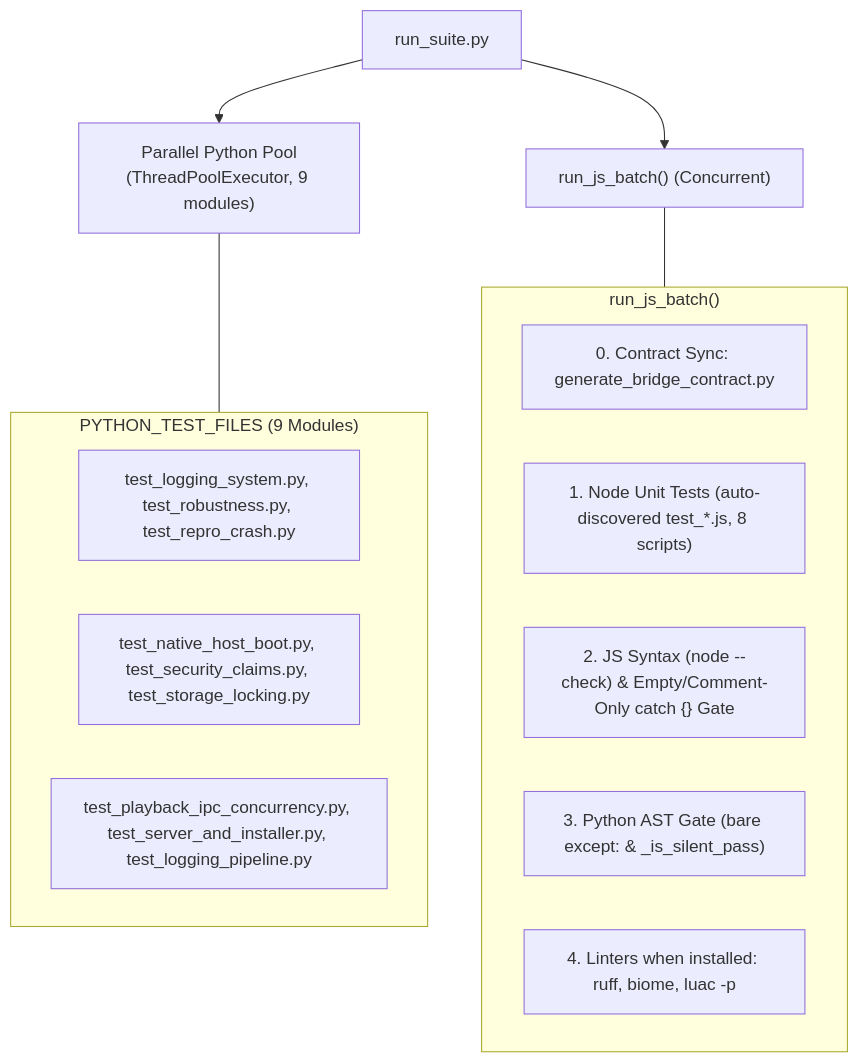
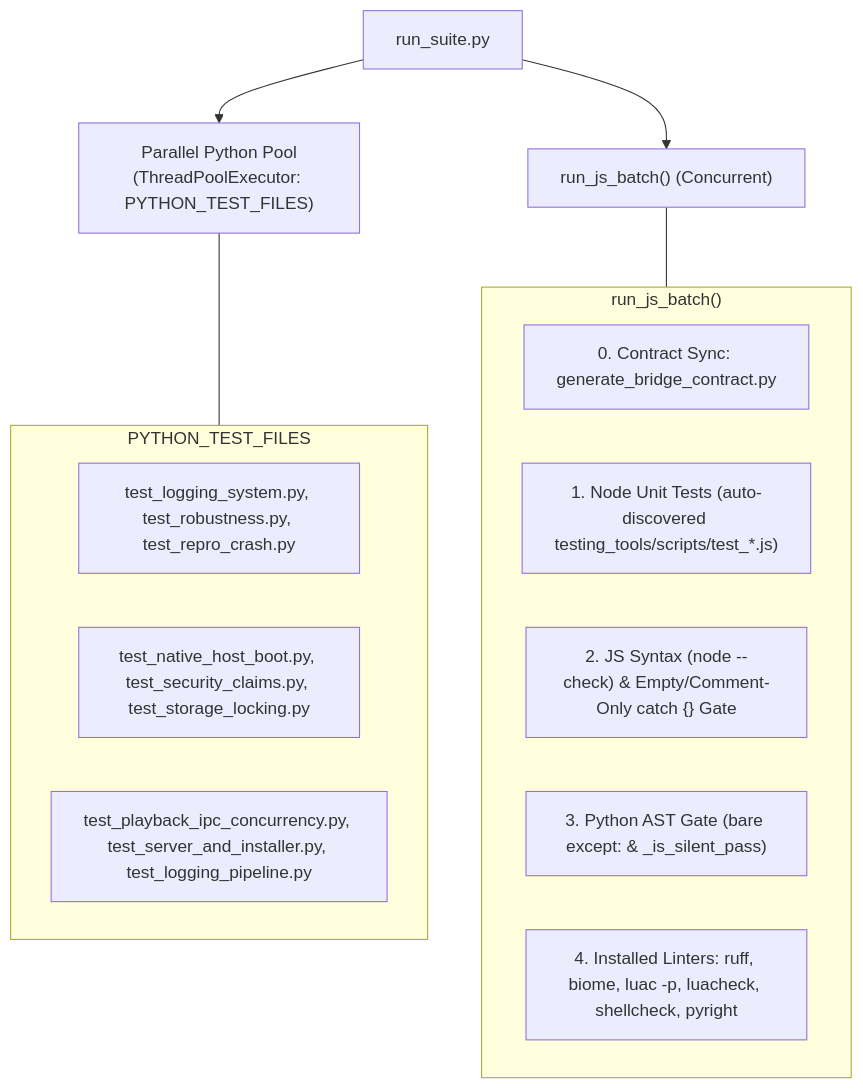
Before and after one commit to Mummykiller/mpv-playlist-organizer: the diagram in .gemini/skills/testing-and-test-authoring/SKILL.md, drawn with Mermaid. The commit also changed other lines of this file and 28 other files, not shown here.

Commit message:
docs(skills): refactor skill architecture and enforce durable symbol references

````diff
--- a/.gemini/skills/testing-and-test-authoring/SKILL.md
+++ b/.gemini/skills/testing-and-test-authoring/SKILL.md
@@ -20,22 +23,22 @@
 ```mermaid
 flowchart TD
-    Start["run_suite.py"] --> PyPool["Parallel Python Pool<br/>(ThreadPoolExecutor, 9 modules)"]
+    Start["run_suite.py"] --> PyPool["Parallel Python Pool<br/>(ThreadPoolExecutor: PYTHON_TEST_FILES)"]
     Start --> JsBatch["run_js_batch() (Concurrent)"]
 
-    subgraph Py_Details ["PYTHON_TEST_FILES (9 Modules)"]
+    subgraph Py_Details ["PYTHON_TEST_FILES"]
         T1["test_logging_system.py, test_robustness.py, test_repro_crash.py"]
         T2["test_native_host_boot.py, test_security_claims.py, test_storage_locking.py"]
         T3["test_playback_ipc_concurrency.py, test_server_and_installer.py, test_logging_pipeline.py"]
     end
 
     subgraph Js_Details ["run_js_batch()"]
         C1["0. Contract Sync: generate_bridge_contract.py"]
-        JS1["1. Node Unit Tests (auto-discovered test_*.js, 8 scripts)"]
+        JS1["1. Node Unit Tests (auto-discovered testing_tools/scripts/test_*.js)"]
         JS2["2. JS Syntax (node --check) & Empty/Comment-Only catch {} Gate"]
         PY1["3. Python AST Gate (bare except: & _is_silent_pass)"]
-        L1["4. Linters when installed: ruff, biome, luac -p"]
+        L1["4. Installed Linters: ruff, biome, luac -p, luacheck, shellcheck, pyright"]
     end
 
     PyPool --- Py_Details
     JsBatch --- Js_Details
 ```
````
